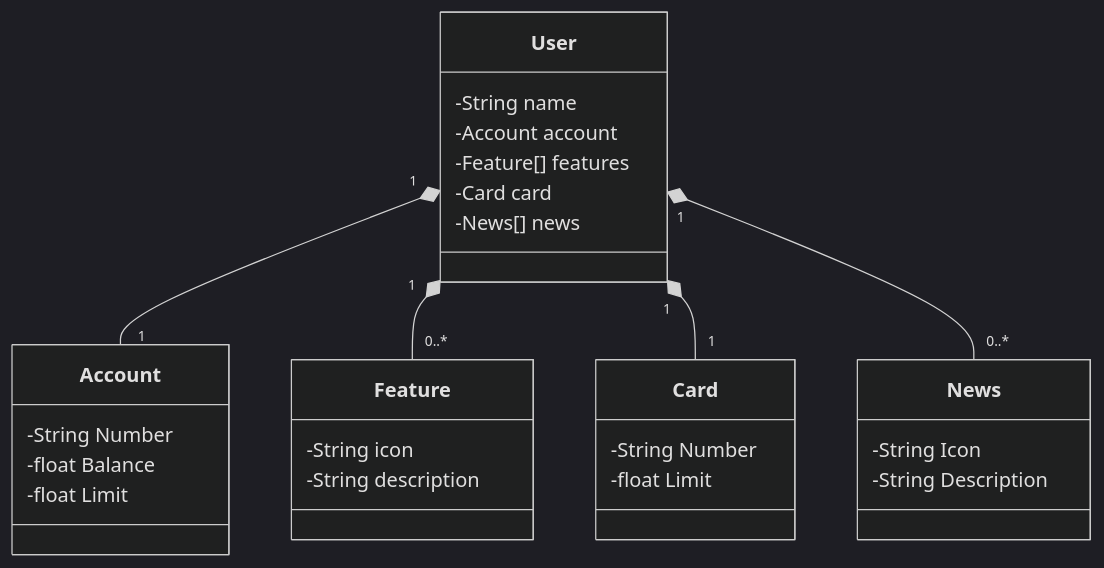
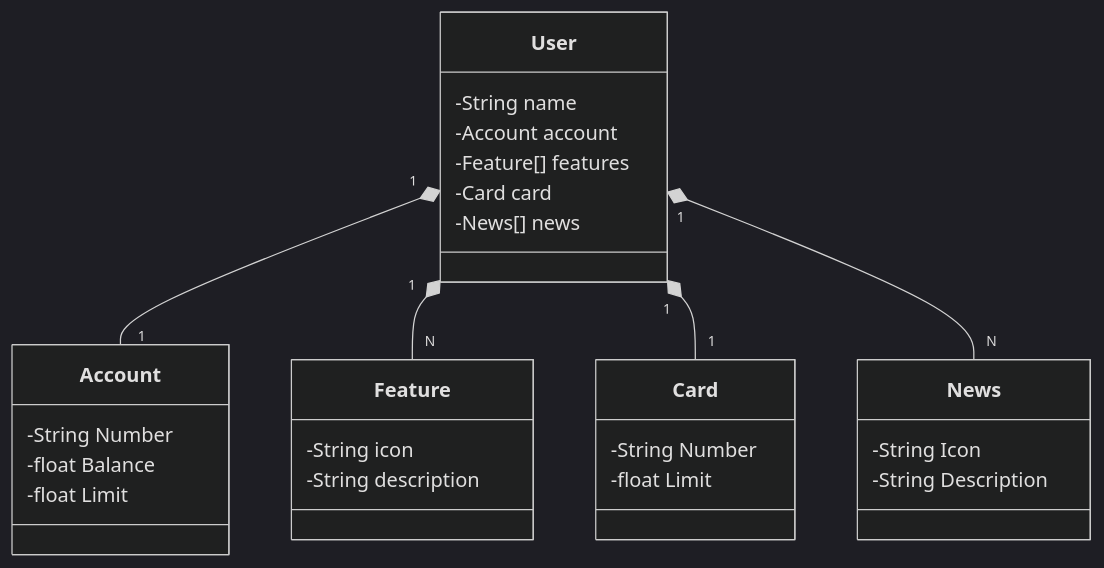
The diagram in README.md (Brunopretes/estudos), drawn with Mermaid (dark theme) before and after one commit.

````diff
--- a/README.md
+++ b/README.md
@@ -6,37 +6,37 @@
 ```mermaid
 
 classDiagram
     class User {
         -String name
         -Account account
         -Feature[] features
         -Card card
         -News[] news
     }
 
     class Account {
         -String Number
         -float Balance
         -float Limit
     }
 
     class Feature {
         -String icon
         -String description
     }
 
     class Card {
         -String Number
         -float Limit
     }
 
     class News {
         -String Icon
         -String Description
     }
 
     User "1" *-- "1" Account
-    User "1" *-- "0..*" Feature
+    User "1" *-- "N" Feature
     User "1" *-- "1" Card
-    User "1" *-- "0..*" News
+    User "1" *-- "N" News
 ```
````
